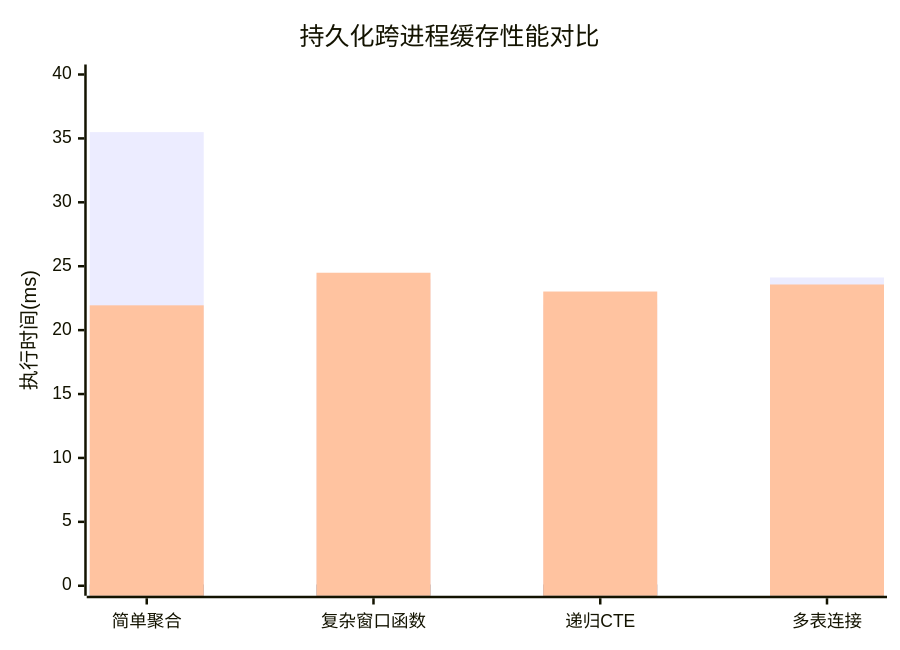
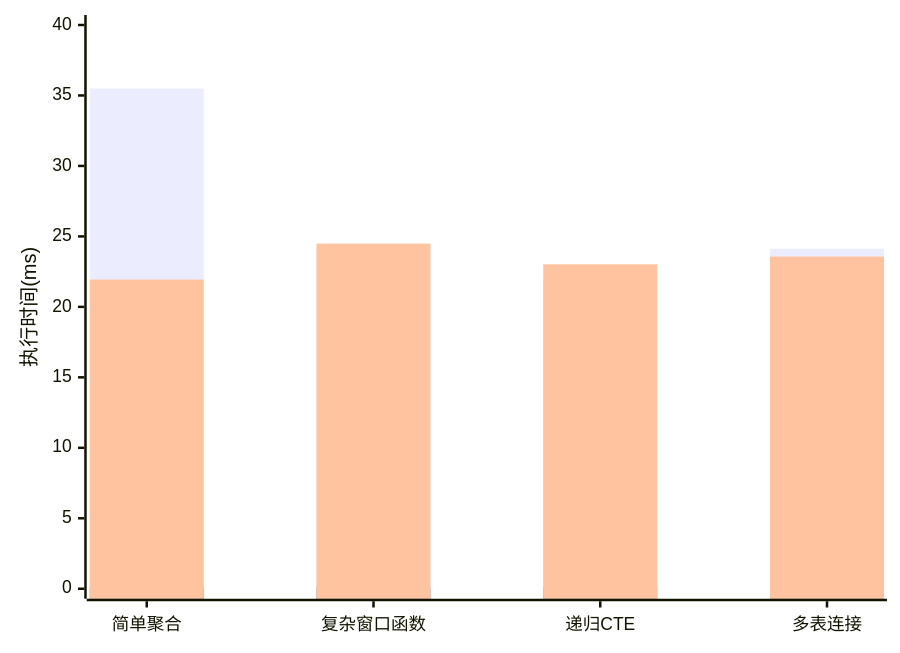
The third of 3 diagrams in md/第五章-多策略融合的持久化存储技术.md (crazypenguincode/duckdb), drawn with Mermaid before and after one commit. The commit also changed other lines of this file and 40 other files, not shown here.

Commit message:
更新图片无边框

````diff
--- a/md/第五章-多策略融合的持久化存储技术.md
+++ b/md/第五章-多策略融合的持久化存储技术.md
@@ -181,9 +181,8 @@
 ```mermaid
 xychart-beta
-    title "持久化跨进程缓存性能对比"
     x-axis ["简单聚合", "复杂窗口函数", "递归CTE", "多表连接"]
     y-axis "执行时间(ms)" 0 --> 40
     bar "首次执行" [35.49, 23.98, 22.00, 24.12]
     bar "缓存读取" [0.10, 0.10, 0.10, 0.10]
     bar "无缓存执行" [21.94, 24.49, 23.02, 23.57]
 ```
````
